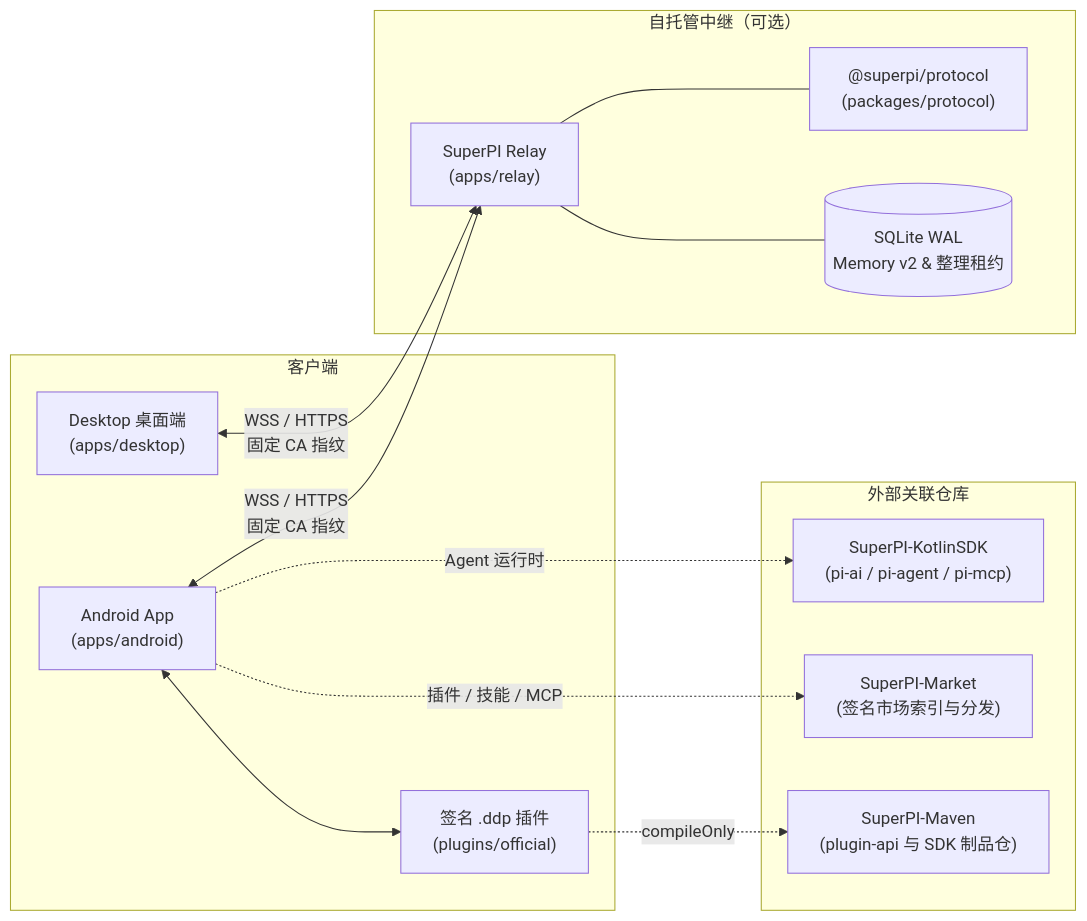
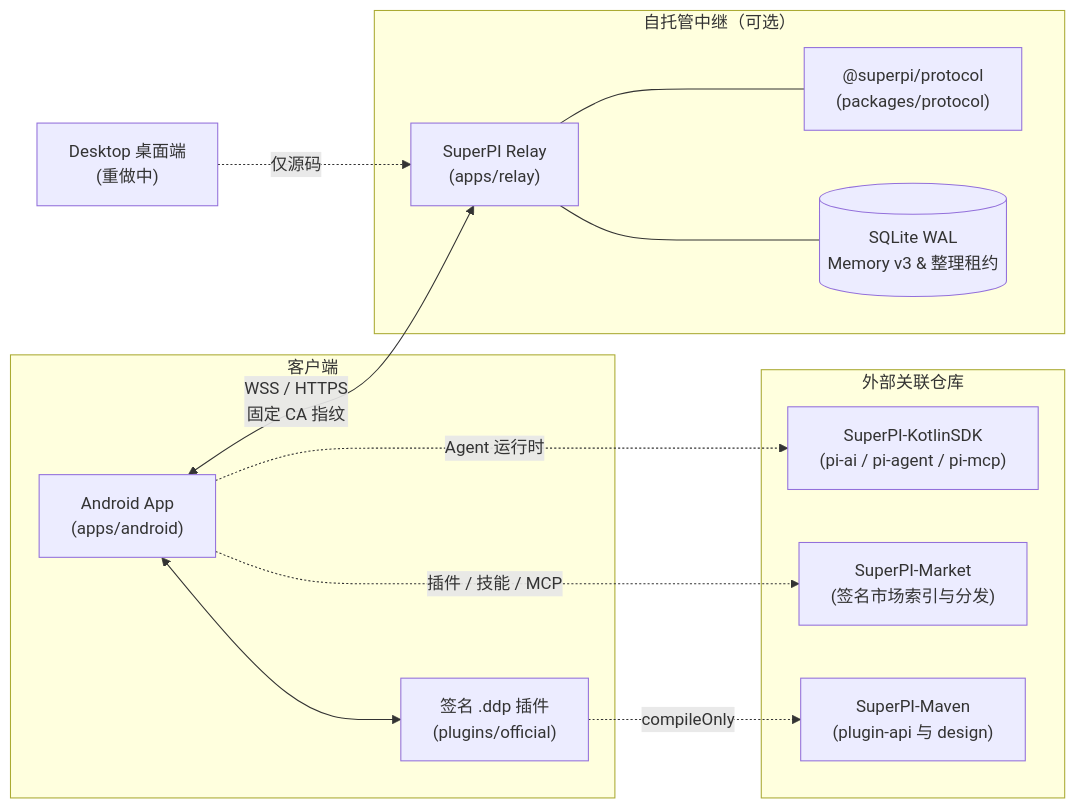
The diagram in README.cn.md (Sadami3066/SuperPI), drawn with Mermaid before and after one commit. The commit also changed other lines of this file and 499 other files, not shown here.

Commit message:
release: SuperPI 2.0.3 (Super Mode, Memory v3, Relay 0.2.0, R8/security hardening, official plugins)

````diff
--- a/README.cn.md
+++ b/README.cn.md
@@ -42,29 +45,28 @@
 ```mermaid
 flowchart LR
     subgraph Devices["客户端"]
         A["Android App\n(apps/android)"]
-        D["Desktop 桌面端\n(apps/desktop)"]
         P["签名 .ddp 插件\n(plugins/official)"]
         A <--> P
     end
 
     subgraph Sync["自托管中继（可选）"]
         R["SuperPI Relay\n(apps/relay)"]
         PR["@superpi/protocol\n(packages/protocol)"]
-        DB[("SQLite WAL\nMemory v2 & 整理租约")]
+        DB[("SQLite WAL\nMemory v3 & 整理租约")]
         R --- PR
         R --- DB
     end
 
     subgraph Ext["外部关联仓库"]
         SDK["SuperPI-KotlinSDK\n(pi-ai / pi-agent / pi-mcp)"]
         MKT["SuperPI-Market\n(签名市场索引与分发)"]
-        MVN["SuperPI-Maven\n(plugin-api 与 SDK 制品仓)"]
+        MVN["SuperPI-Maven\n(plugin-api 与 design)"]
     end
 
+    D["Desktop 桌面端\n(重做中)"] -.->|"仅源码"| R
     A <-->|"WSS / HTTPS\n固定 CA 指纹"| R
-    D <-->|"WSS / HTTPS\n固定 CA 指纹"| R
     A -.->|"Agent 运行时"| SDK
     A -.->|"插件 / 技能 / MCP"| MKT
     P -.->|"compileOnly"| MVN
 ```
````
